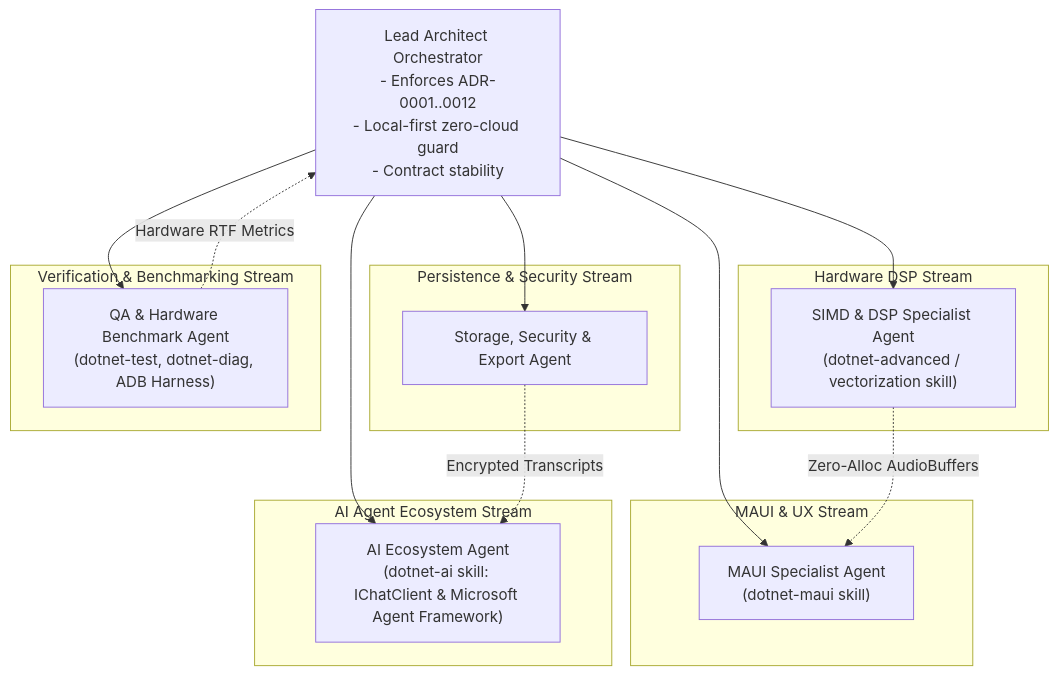
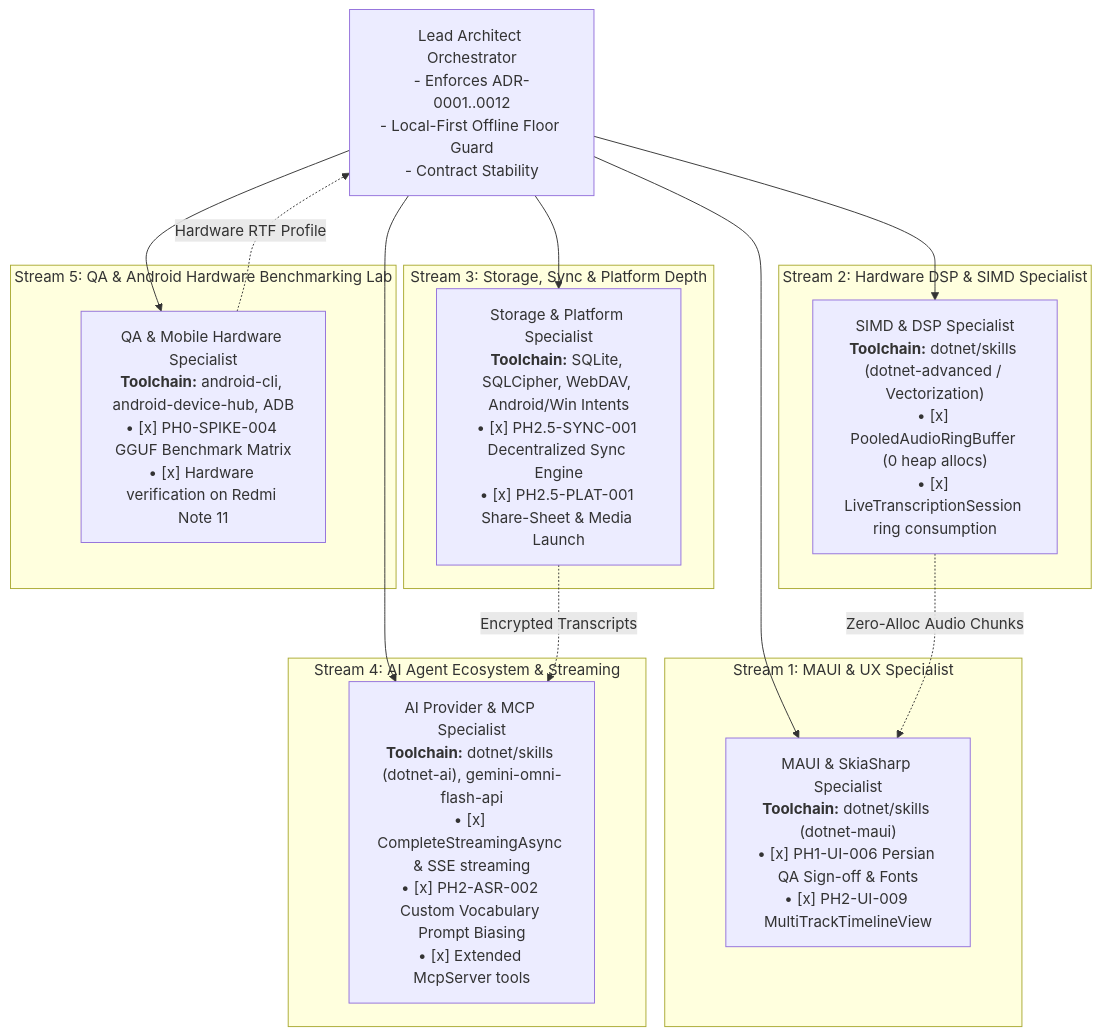
One commit to SudoScraTchY/Scribir changed the diagram in Agent-docs/MULTI-AGENT-ORCHESTRATION-PLAN.md. Above: the diagram before and after it, drawn with Mermaid. The commit also changed other lines of this file and 46 other files, not shown here.

First line of the commit message:
feat(orchestration): implement and harden Multi-Agent Plan Goals 1-5

````diff
--- a/Agent-docs/MULTI-AGENT-ORCHESTRATION-PLAN.md
+++ b/Agent-docs/MULTI-AGENT-ORCHESTRATION-PLAN.md
@@ -30,34 +50,34 @@
 ```mermaid
 flowchart TD
-    Lead["Lead Architect Orchestrator<br/>- Enforces ADR-0001..0012<br/>- Local-first zero-cloud guard<br/>- Contract stability"]
+    Lead["Lead Architect Orchestrator<br/>- Enforces ADR-0001..0012<br/>- Local-First Offline Floor Guard<br/>- Contract Stability"]
 
-    subgraph UI_Stream["MAUI & UX Stream"]
-        MAUI["MAUI Specialist Agent<br/>(dotnet-maui skill)"]
+    subgraph Stream1["Stream 1: MAUI & UX Specialist"]
+        MAUI["MAUI & SkiaSharp Specialist<br/><b>Toolchain:</b> dotnet/skills (dotnet-maui)<br/>• [x] PH1-UI-006 Persian QA Sign-off & Fonts<br/>• [x] PH2-UI-009 MultiTrackTimelineView"]
     end
 
-    subgraph SIMD_Stream["Hardware DSP Stream"]
-        SIMD["SIMD & DSP Specialist Agent<br/>(dotnet-advanced / vectorization skill)"]
+    subgraph Stream2["Stream 2: Hardware DSP & SIMD Specialist"]
+        SIMD["SIMD & DSP Specialist<br/><b>Toolchain:</b> dotnet/skills (dotnet-advanced / Vectorization)<br/>• [x] PooledAudioRingBuffer (0 heap allocs)<br/>• [x] LiveTranscriptionSession ring consumption"]
     end
 
-    subgraph Storage_Stream["Persistence & Security Stream"]
-        Store["Storage, Security & Export Agent"]
+    subgraph Stream3["Stream 3: Storage, Sync & Platform Depth"]
+        Store["Storage & Platform Specialist<br/><b>Toolchain:</b> SQLite, SQLCipher, WebDAV, Android/Win Intents<br/>• [x] PH2.5-SYNC-001 Decentralized Sync Engine<br/>• [x] PH2.5-PLAT-001 Share-Sheet & Media Launch"]
     end
 
-    subgraph AI_Stream["AI Agent Ecosystem Stream"]
-        AIAgent["AI Ecosystem Agent<br/>(dotnet-ai skill: IChatClient & Microsoft Agent Framework)"]
+    subgraph Stream4["Stream 4: AI Agent Ecosystem & Streaming"]
+        AI["AI Provider & MCP Specialist<br/><b>Toolchain:</b> dotnet/skills (dotnet-ai), gemini-omni-flash-api<br/>• [x] CompleteStreamingAsync & SSE streaming<br/>• [x] PH2-ASR-002 Custom Vocabulary Prompt Biasing<br/>• [x] Extended McpServer tools"]
     end
 
-    subgraph QA_Stream["Verification & Benchmarking Stream"]
-        QA["QA & Hardware Benchmark Agent<br/>(dotnet-test, dotnet-diag, ADB Harness)"]
+    subgraph Stream5["Stream 5: QA & Android Hardware Benchmarking Lab"]
+        QA["QA & Mobile Hardware Specialist<br/><b>Toolchain:</b> android-cli, android-device-hub, ADB<br/>• [x] PH0-SPIKE-004 GGUF Benchmark Matrix<br/>• [x] Hardware verification on Redmi Note 11"]
     end
 
     Lead --> MAUI
     Lead --> SIMD
     Lead --> Store
-    Lead --> AIAgent
+    Lead --> AI
     Lead --> QA
 
-    SIMD -. "Zero-Alloc AudioBuffers" .-> MAUI
-    Store -. "Encrypted Transcripts" .-> AIAgent
-    QA -. "Hardware RTF Metrics" .-> Lead
+    SIMD -. "Zero-Alloc Audio Chunks" .-> MAUI
+    Store -. "Encrypted Transcripts" .-> AI
+    QA -. "Hardware RTF Profile" .-> Lead
 ```
````
